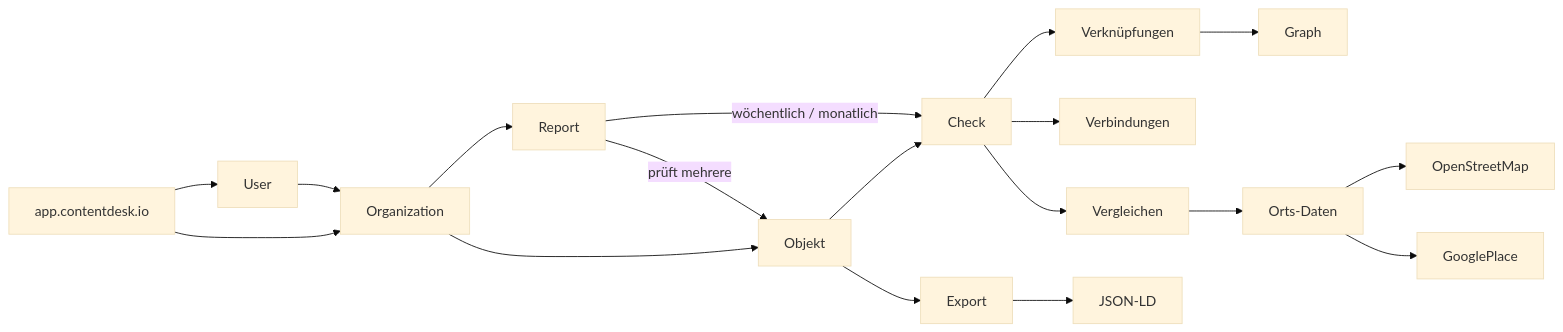
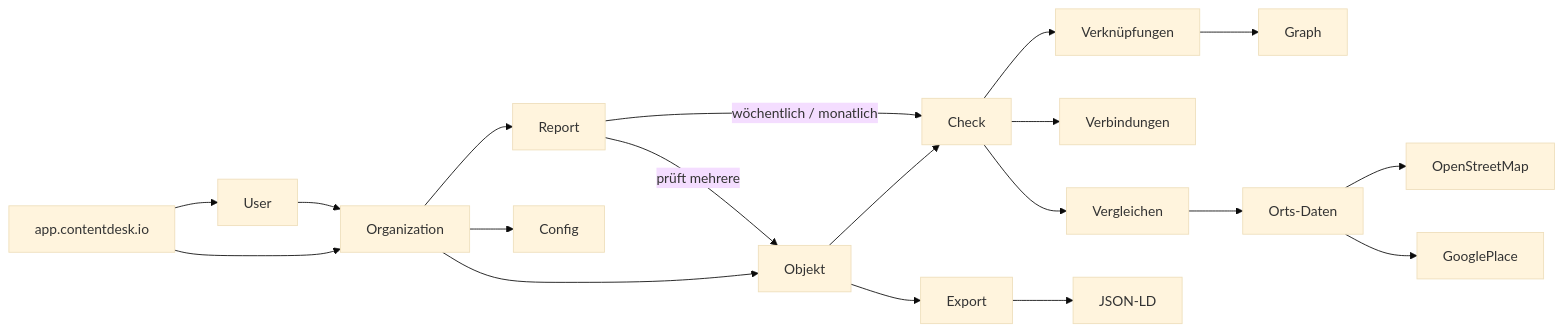
The first of 2 diagrams in docs/connect/app.contentdesk.io/index.md (tsolenthaler/docs.contentdesk.io), drawn with Mermaid (base theme) before and after one commit.

Commit message:
Refactor file paths for concepts and projects markdown files

````diff
--- a/docs/connect/app.contentdesk.io/index.md
+++ b/docs/connect/app.contentdesk.io/index.md
@@ -12,30 +12,31 @@
 ``` mermaid
 flowchart LR
     app.contentdesk.io --> User
     app.contentdesk.io --> Organization
 
     User --> Organization
 
     Organization --> Report
     Organization --> Objekt
+    Organization --> Config
 
     Objekt --> Check
     Objekt --> Export
 
     Report -->|prüft mehrere|Objekt
     Report -->|wöchentlich / monatlich|Check
 
     Check -->Associations[Verknüpfungen]
     Check -->Connect[Verbindungen]
     Check -->Compare[Vergleichen]
 
     Associations[Verknüpfungen] -->Graph
     
     Compare -->Place[Orts-Daten]
 
     Place -->OpenStreetMap
     Place -->GooglePlace
 
     Export --> JSON-LD
 
 ```
````
